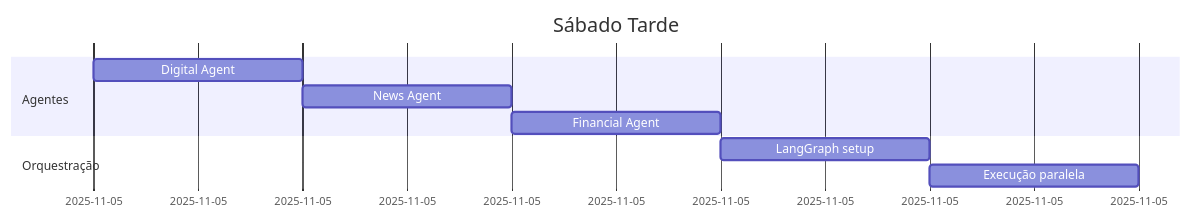
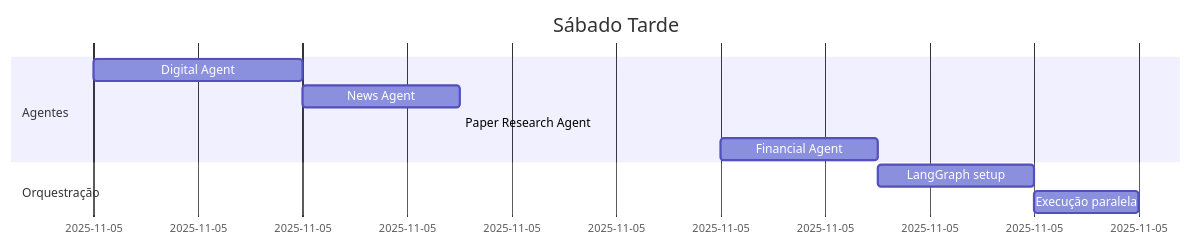
The fourth of 6 diagrams in README.md (GuiiCorreia/Bootcamp_Akcit), drawn with Mermaid before and after one commit. The commit also changed other lines of this file, not shown here.

Commit message:
add new paper_research_agent and gemini-2.5-flash-lite model

````diff
--- a/README.md
+++ b/README.md
@@ -280,12 +420,13 @@
 ```mermaid
 gantt
     title Sábado Tarde
     dateFormat HH:mm
     section Agentes
     Digital Agent       :14:00, 1h
-    News Agent          :15:00, 1h
-    Financial Agent     :16:00, 1h
+    News Agent          :15:00, 45m
+    Paper Research Agent :15:45, 1h15m
+    Financial Agent     :17:00, 45m
     section Orquestração
-    LangGraph setup     :17:00, 1h
-    Execução paralela   :18:00, 1h
+    LangGraph setup     :17:45, 45m
+    Execução paralela   :18:30, 30m
 ```
````
